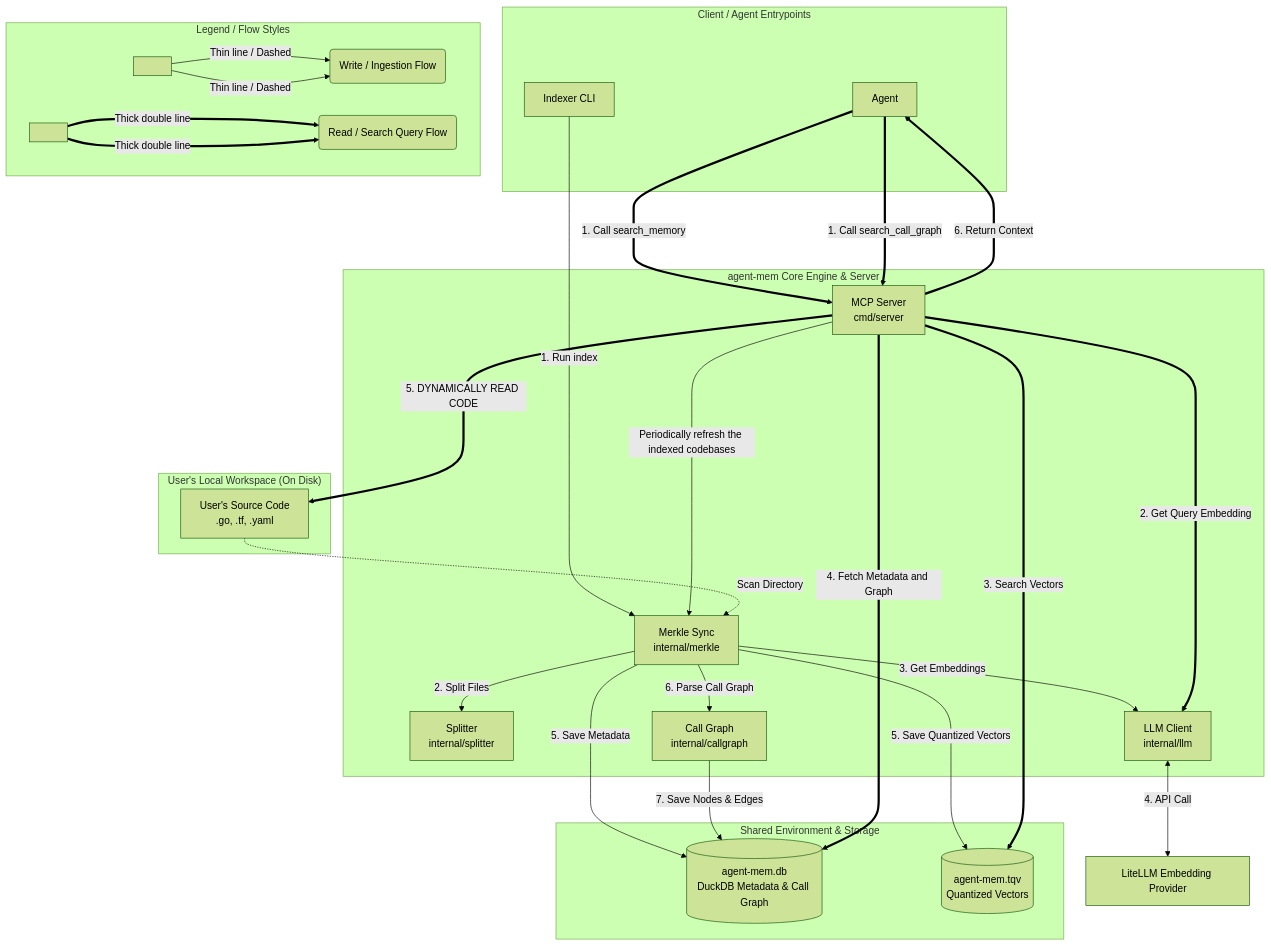
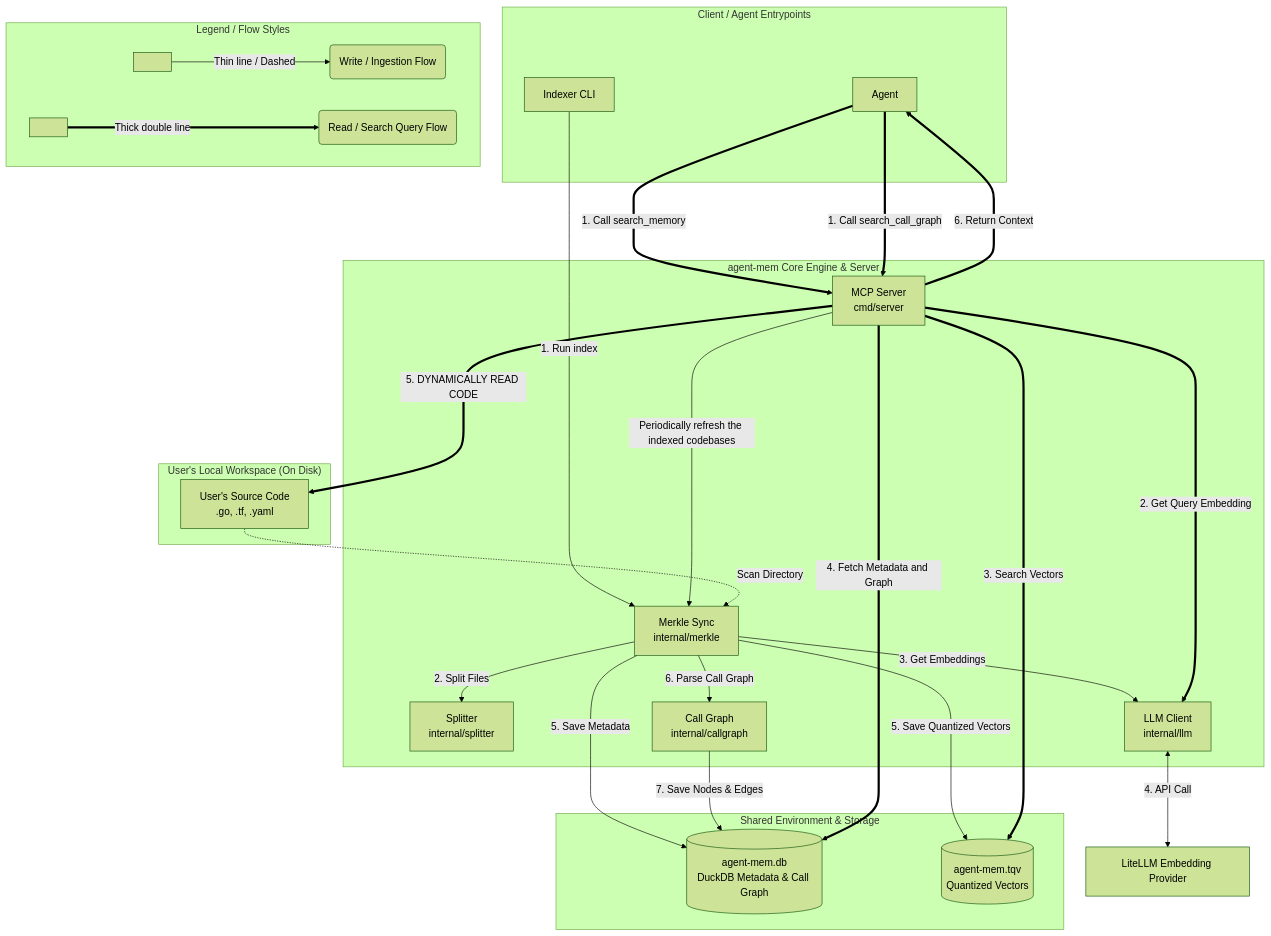
The diagram in README.md (datnguyenzzz/semantic-grep), drawn with Mermaid (forest theme) before and after one commit. The commit also changed other lines of this file, not shown here.

````diff
--- a/README.md
+++ b/README.md
@@ -83,74 +83,65 @@
 ```mermaid
 flowchart TD
     %% Entrypoints & Client
     subgraph Client ["Client / Agent Entrypoints"]
         cli[Agent]
         idx_cli[Indexer CLI]
     end
 
     %% Core Components
     subgraph Core ["agent-mem Core Engine & Server"]
         merkle[Merkle Sync<br/>internal/merkle]
         splitter[Splitter<br/>internal/splitter]
         llm[LLM Client<br/>internal/llm]
         callgraph[Call Graph<br/>internal/callgraph]
         mcp_srv[MCP Server<br/>cmd/server]
     end
 
     %% Shared Environment & Databases
     subgraph Storage ["Shared Environment & Storage"]
         duckdb_file[(agent-mem.db<br/>DuckDB Metadata & Call Graph)]
         tqv_file[(agent-mem.tqv<br/>Quantized Vectors)]
     end
 
     %% User's Environment
     subgraph Workspace ["User's Local Workspace (On Disk)"]
         code_files[User's Source Code<br/>.go, .tf, .yaml]
     end
 
     %% External Provider
     litellm[LiteLLM Embedding Provider]
 
     %% ──────────────────────────────────────────────────────────
     %% WRITE PATH: Indexing & Ingestion (Thin lines / Dashes)
     %% ──────────────────────────────────────────────────────────
     idx_cli -->|1. Run index| merkle
     mcp_srv -->|Periodically refresh the indexed codebases| merkle
     code_files -.->|Scan Directory| merkle
     merkle -->|2. Split Files| splitter
     merkle -->|3. Get Embeddings| llm
     llm <-->|4. API Call| litellm
     merkle -->|5. Save Metadata| duckdb_file
     merkle -->|5. Save Quantized Vectors| tqv_file
     merkle -->|6. Parse Call Graph| callgraph
     callgraph -->|7. Save Nodes & Edges| duckdb_file
 
     %% ──────────────────────────────────────────────────────────
     %% READ PATH: MCP Search & Retrieval (Thick Double Lines)
     %% ──────────────────────────────────────────────────────────
     cli ===>|1. Call search_memory| mcp_srv
     cli ===>|1. Call search_call_graph| mcp_srv
     mcp_srv ===>|2. Get Query Embedding| llm
     mcp_srv ===>|3. Search Vectors| tqv_file
     mcp_srv ===>|4. Fetch Metadata and Graph| duckdb_file
     mcp_srv ===>|5. DYNAMICALLY READ CODE| code_files
     mcp_srv ===>|6. Return Context| cli
 
-     %% ──────────────────────────────────────────────────────────
-    %% FLOW LEGEND (Self-Explanatory Arrow Styles)
-    %% ──────────────────────────────────────────────────────────
-    subgraph Legend ["Legend / Flow Styles"]
-        direction LR
-        style_w[ ] -->|Thin line / Dashed| desc_w(Write / Ingestion Flow)
-        style_r[ ] ===>|Thick double line| desc_r(Read / Search Query Flow)
-    end
-
     %% ──────────────────────────────────────────────────────────
     %% FLOW LEGEND (Self-Explanatory Arrow Styles)
     %% ──────────────────────────────────────────────────────────
     subgraph Legend ["Legend / Flow Styles"]
         direction LR
         style_w[ ] -->|Thin line / Dashed| desc_w(Write / Ingestion Flow)
         style_r[ ] ===>|Thick double line| desc_r(Read / Search Query Flow)
     end
 ```
````
